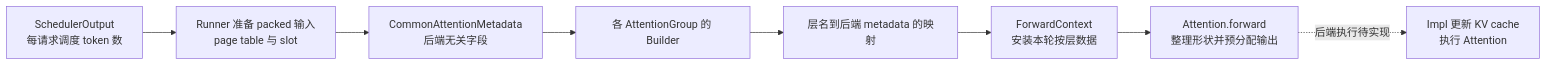
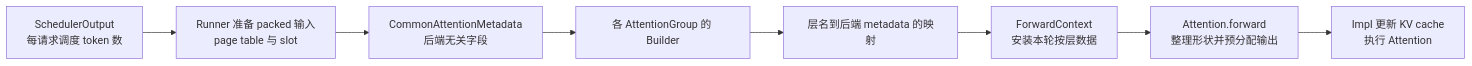
The fourth of 4 diagrams in docs/attention/backend.md (crashingby/my-nano-vllm), drawn with Mermaid before and after one commit. The commit also changed other lines of this file and 40 other files, not shown here.

````diff
--- a/docs/attention/backend.md
+++ b/docs/attention/backend.md
@@ -198,10 +198,10 @@
 ```mermaid
 flowchart LR
     A["SchedulerOutput<br>每请求调度 token 数"] --> B["Runner 准备 packed 输入<br>page table 与 slot"]
     B --> C["CommonAttentionMetadata<br>后端无关字段"]
     C --> D["各 AttentionGroup 的 Builder"]
     D --> E["层名到后端 metadata 的映射"]
     E --> F["ForwardContext<br>安装本轮按层数据"]
     F --> G["Attention.forward<br>整理形状并预分配输出"]
-    G -. "后端执行待实现" .-> H["Impl 更新 KV cache<br>执行 Attention"]
+    G --> H["Impl 更新 KV cache<br>执行 Attention"]
 ```
````
